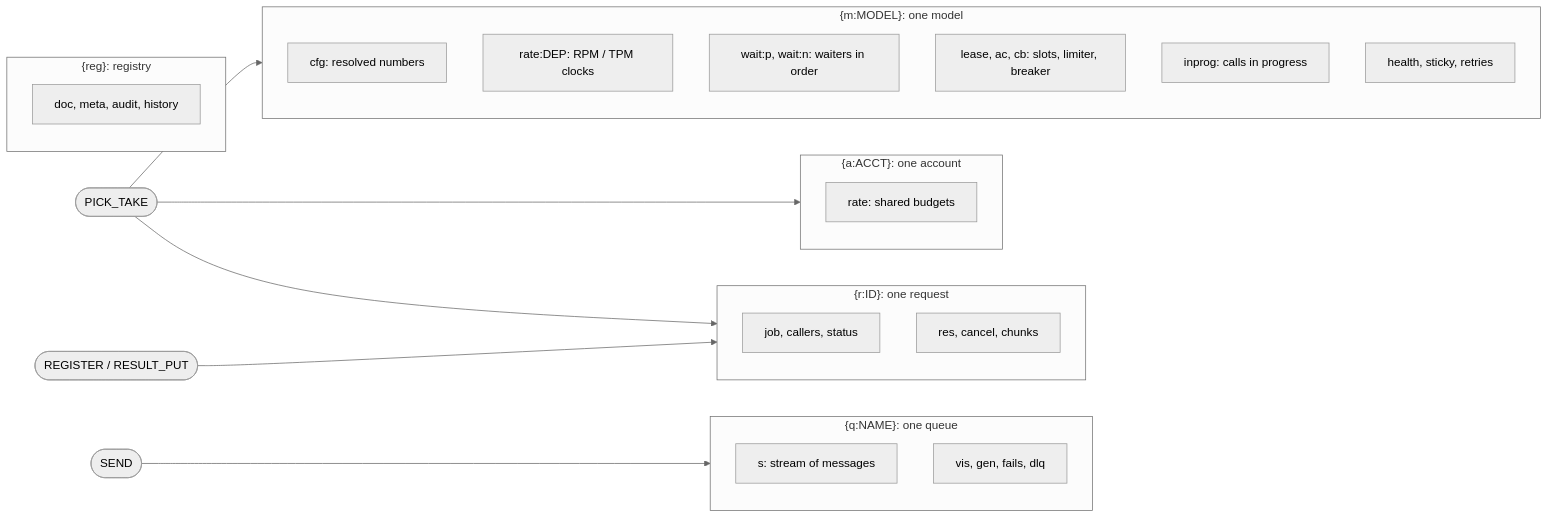
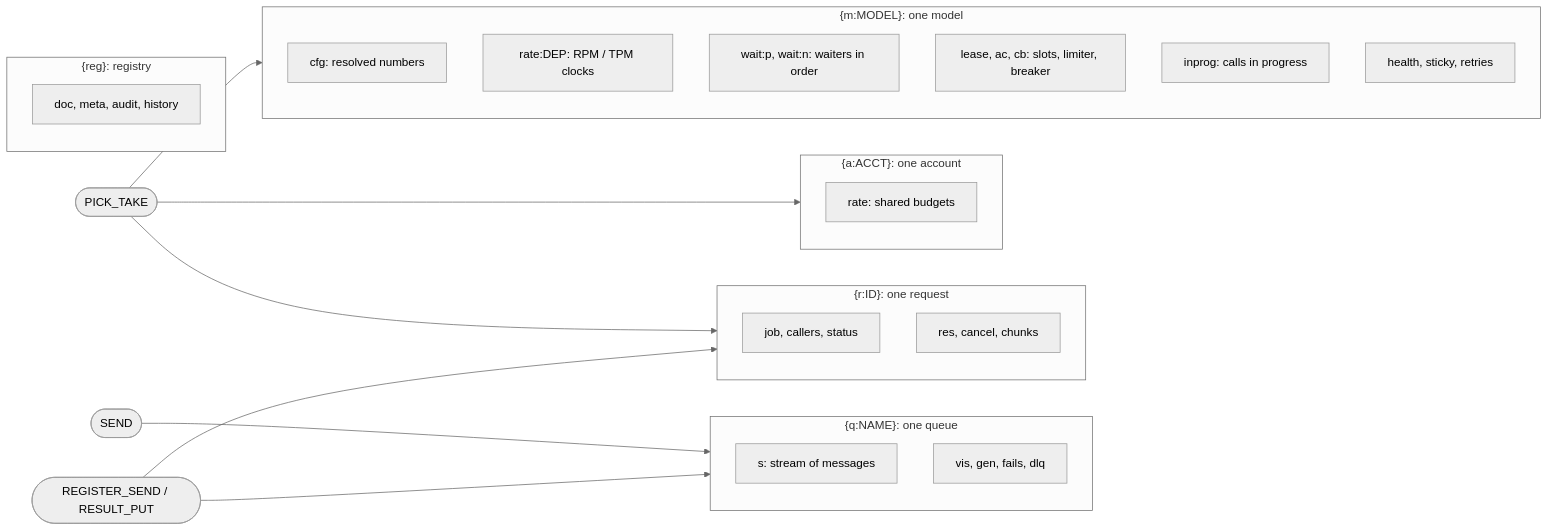
Before and after one commit to techiewonk/llm-queue: the diagram in docs/explanation/storage.md, drawn with Mermaid (neutral theme). The commit also changed other lines of this file and 1 other file, not shown here.

````diff
--- a/docs/explanation/storage.md
+++ b/docs/explanation/storage.md
@@ -5,28 +5,28 @@
 ```mermaid
 flowchart LR
   subgraph reg["{reg}: registry"]
     r1["doc, meta, audit, history"]
   end
   subgraph model["{m:MODEL}: one model"]
     m1["cfg: resolved numbers"]
     m2["rate:DEP: RPM / TPM clocks"]
     m3["wait:p, wait:n: waiters in order"]
     m4["lease, ac, cb: slots, limiter, breaker"]
     m5["inprog: calls in progress"]
     m6["health, sticky, retries"]
   end
   subgraph acct["{a:ACCT}: one account"]
     a1["rate: shared budgets"]
   end
   subgraph req["{r:ID}: one request"]
     q1["job, callers, status"]
     q2["res, cancel, chunks"]
   end
   subgraph queue["{q:NAME}: one queue"]
     s1["s: stream of messages"]
     s2["vis, gen, fails, dlq"]
   end
   PICK(["PICK_TAKE"]) --> model & acct & req
   SEND(["SEND"]) --> queue
-  REG(["REGISTER / RESULT_PUT"]) --> req
+  REG(["REGISTER_SEND / RESULT_PUT"]) --> req & queue
 ```
````
